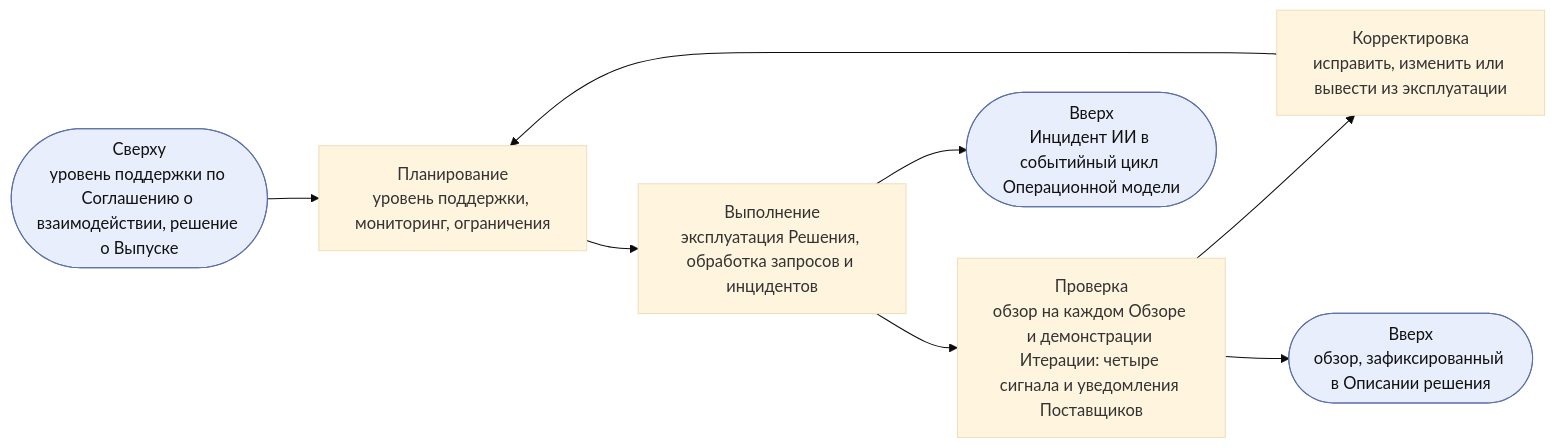
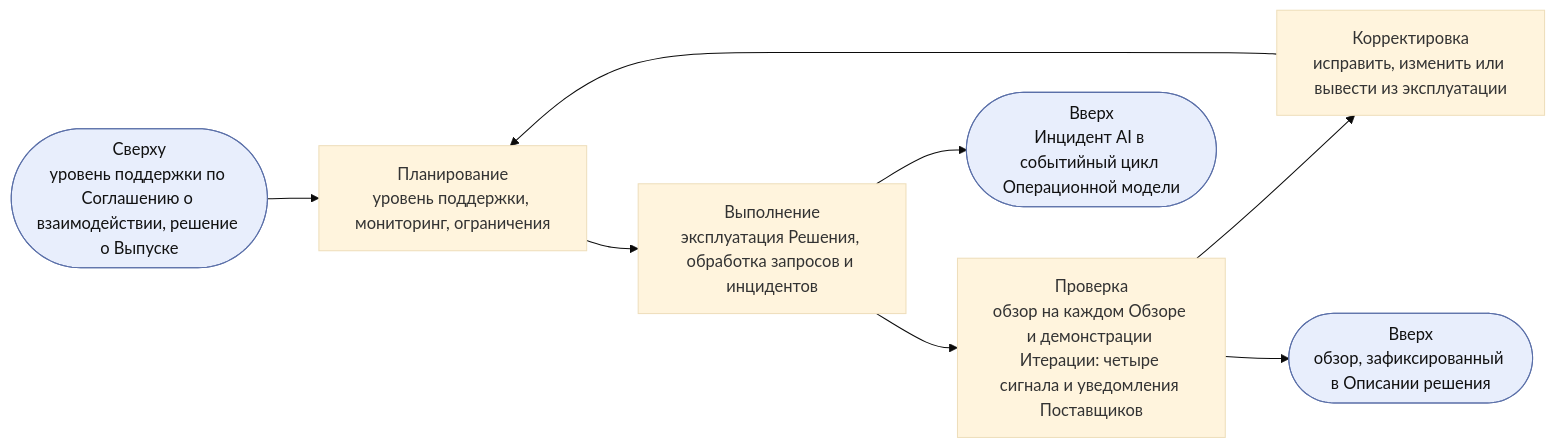
Before and after one commit to devhogu/ob-aicc: diagram 11 of 13 in charter/ru/documents/solution-lifecycle-model.md, drawn with Mermaid (base theme). The commit also changed other lines of this file and 768 other files, not shown here.

````diff
--- a/charter/ru/documents/solution-lifecycle-model.md
+++ b/charter/ru/documents/solution-lifecycle-model.md
@@ -443,8 +443,8 @@
 ```mermaid
 flowchart LR
   IN(["Сверху<br/>уровень поддержки по Соглашению о взаимодействии, решение о Выпуске"]):::iface --> P
   P["Планирование<br/>уровень поддержки, мониторинг, ограничения"] --> D["Выполнение<br/>эксплуатация Решения, обработка запросов и инцидентов"] --> C["Проверка<br/>обзор на каждом Обзоре и демонстрации Итерации: четыре сигнала и уведомления Поставщиков"] --> A["Корректировка<br/>исправить, изменить или вывести из эксплуатации"] --> P
-  D --> EV(["Вверх<br/>Инцидент ИИ в событийный цикл Операционной модели"]):::iface
+  D --> EV(["Вверх<br/>Инцидент AI в событийный цикл Операционной модели"]):::iface
   C --> UP(["Вверх<br/>обзор, зафиксированный в Описании решения"]):::iface
   classDef iface fill:#e8eefc,stroke:#5a6fa8,color:#111
 ```
````
